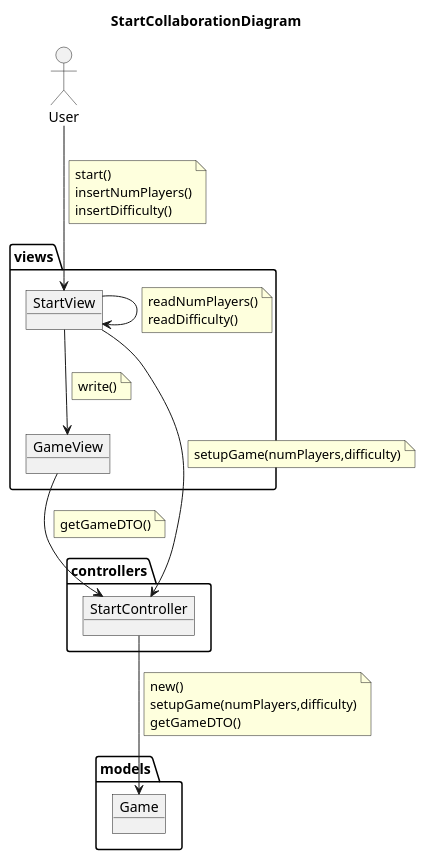
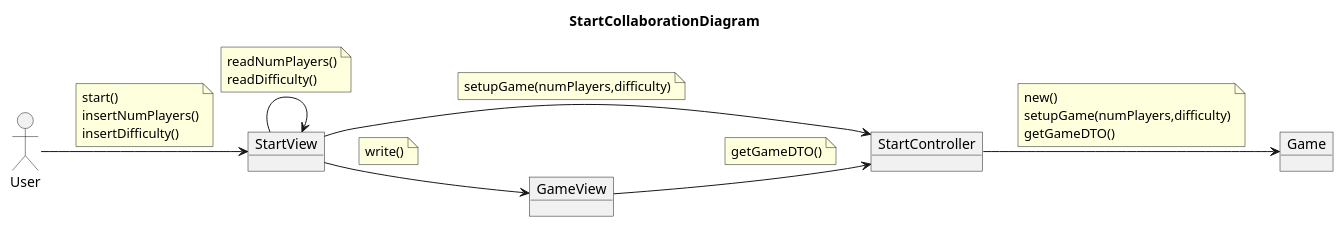
Before and after one commit to Master-Desarrollo-20-21/patrones-diseno---practica-final---juego-de-las-damas-fraylopez: the diagram in docs/src/analysis/use-cases/start-colab.plantuml, drawn with PlantUML. The commit also changed 25 other files, not shown here.

Commit message:
new diagrams + update readme

```diff
--- a/docs/src/analysis/use-cases/start-colab.plantuml
+++ b/docs/src/analysis/use-cases/start-colab.plantuml
@@ -2,69 +2,47 @@
 @startuml StartCollaborationDiagram
 title StartCollaborationDiagram
+left to right direction
+
 allow_mixing
 
 actor User
 
-package controllers  {
+object  StartController
+object Game
+object StartView
+object GameView
 
-    object  StartController{
-
-    }
-}
-
-
-package models  {
-
-    object Game{
-
-    }
-
-
-}
-
-
-package views {
-
-    object StartView{
-
-    }
-
-    object GameView{
-
-    }
-
-}
 
 User --> StartView
 note on link
     start()
     insertNumPlayers()
     insertDifficulty()
 end note
 StartView --> StartView
 note on link
     readNumPlayers()
     readDifficulty()
 end note
 
 
 StartView --> StartController
 note on link
     setupGame(numPlayers,difficulty)
 end note
 StartController --> Game
 note on link
     new()
     setupGame(numPlayers,difficulty)
     getGameDTO()
 end note
 StartView --> GameView
 note on link
     write()
 end note
 GameView --> StartController
 note on link
     getGameDTO()
 end note
 
 @enduml
```
